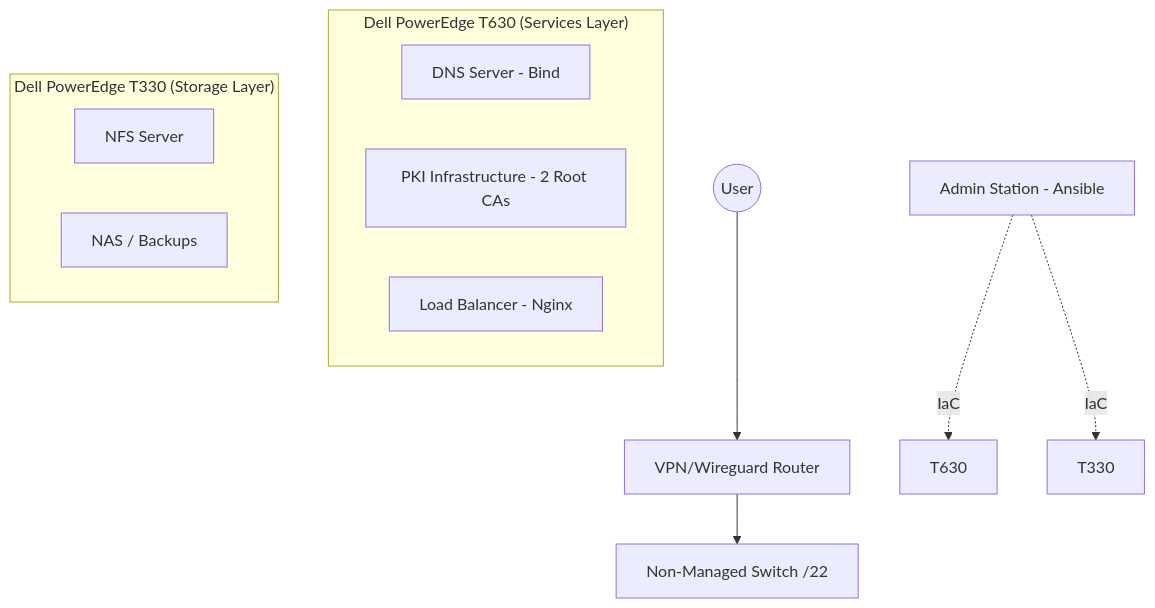
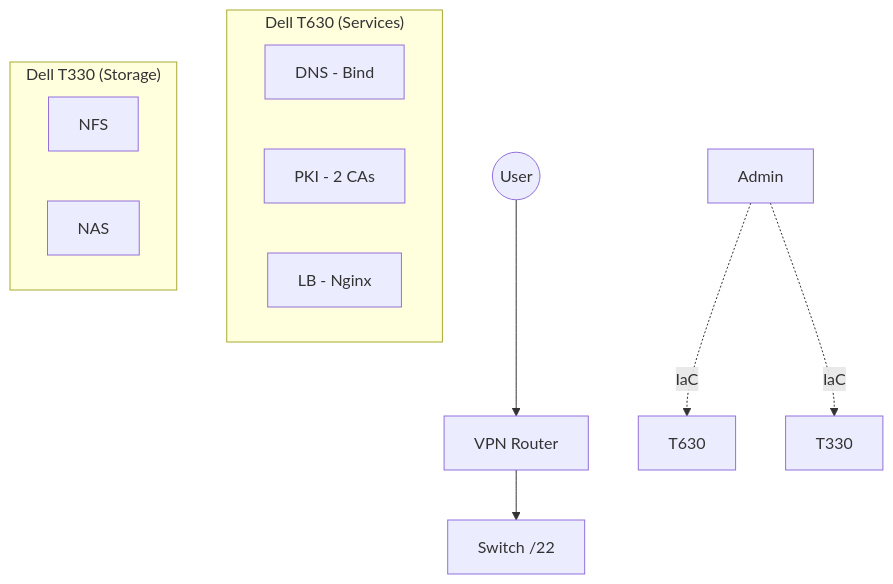
Before and after one commit to AlexandreLuedo/AlexandreLuedo: the diagram in README.org, drawn with Mermaid. The commit also changed other lines of this file and 1 other file, not shown here.

```diff
--- a/README.org
+++ b/README.org
@@ -17,19 +11,19 @@
 #+begin_src mermaid
 graph TD
-    User((User)) --> Router[VPN/Wireguard Router]
-    Router --> Switch[Non-Managed Switch /22]
+    User((User)) --> Router[VPN Router]
+    Router --> Switch[Switch /22]
     
-    subgraph "Dell PowerEdge T630 (Services Layer)"
-        DNS[DNS Server - Bind]
-        PKI[PKI Infrastructure - 2 Root CAs]
-        LB[Load Balancer - Nginx]
+    subgraph "Dell T630 (Services)"
+        DNS[DNS - Bind]
+        PKI[PKI - 2 CAs]
+        LB[LB - Nginx]
     end
     
-    subgraph "Dell PowerEdge T330 (Storage Layer)"
-        NFS[NFS Server]
-        Backup[NAS / Backups]
+    subgraph "Dell T330 (Storage)"
+        NFS[NFS]
+        Backup[NAS]
     end
     
-    Ansible[Admin Station - Ansible] -.-> |IaC| T630
+    Ansible[Admin] -.-> |IaC| T630
     Ansible -.-> |IaC| T330
 #+end_src
```
